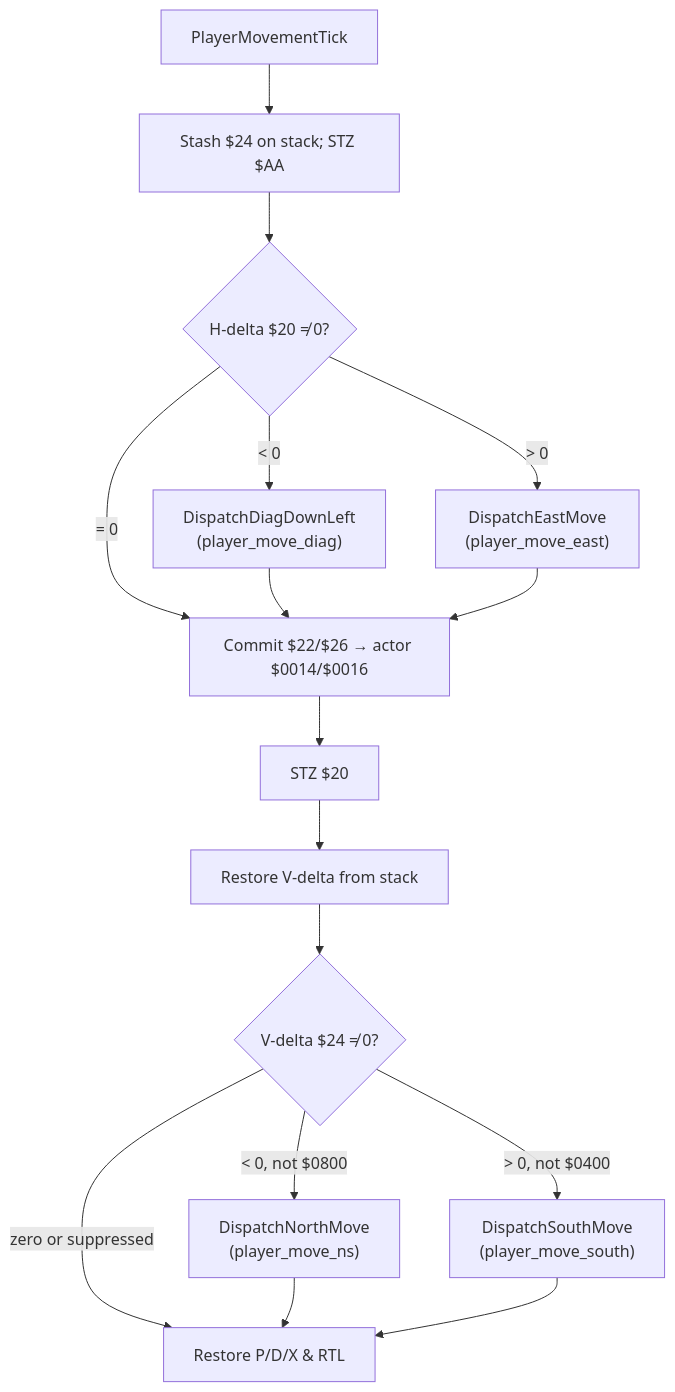
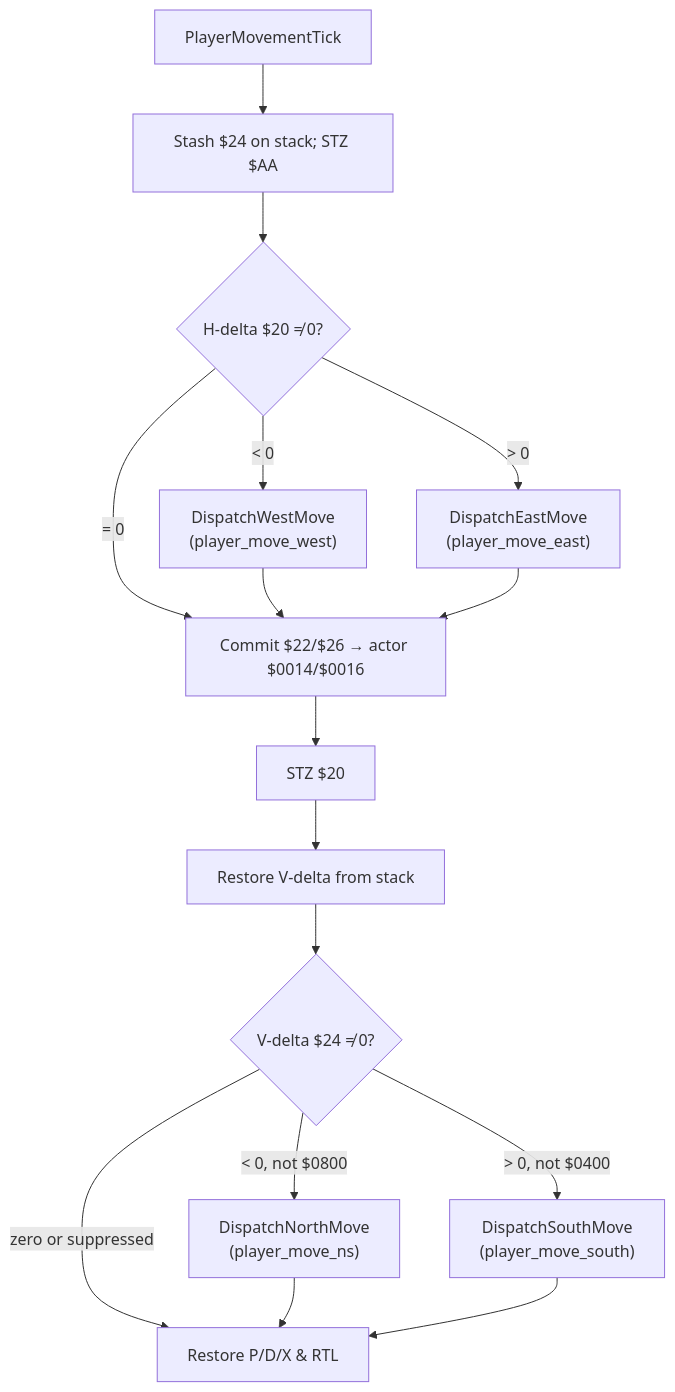
Before and after one commit to Azarem/gaia-iog-baserom: the first of 2 diagrams in docs/code/bank02/player-movement.md, drawn with Mermaid. The commit also changed other lines of this file and 228 other files, not shown here.

````diff
--- a/docs/code/bank02/player-movement.md
+++ b/docs/code/bank02/player-movement.md
@@ -19,18 +19,18 @@
 ```mermaid
 flowchart TD
     PMT["PlayerMovementTick"] --> StashV["Stash $24 on stack; STZ $AA"]
     StashV --> HCHECK{"H-delta $20 ≠ 0?"}
-    HCHECK -->|"< 0"| DDL["DispatchDiagDownLeft<br/>(player_move_diag)"]
+    HCHECK -->|"< 0"| DDL["DispatchWestMove<br/>(player_move_west)"]
     HCHECK -->|"> 0"| DEM2["DispatchEastMove<br/>(player_move_east)"]
     HCHECK -->|"= 0"| COMMIT["Commit $22/$26 → actor $0014/$0016"]
     DDL --> COMMIT
     DEM2 --> COMMIT
     COMMIT --> ClearH["STZ $20"]
     ClearH --> RestoreV["Restore V-delta from stack"]
     RestoreV --> VCHECK{"V-delta $24 ≠ 0?"}
     VCHECK -->|"< 0, not $0800"| DNM["DispatchNorthMove<br/>(player_move_ns)"]
     VCHECK -->|"> 0, not $0400"| DSM["DispatchSouthMove<br/>(player_move_south)"]
     VCHECK -->|"zero or suppressed"| Done["Restore P/D/X & RTL"]
     DNM --> Done
     DSM --> Done
 ```
````
